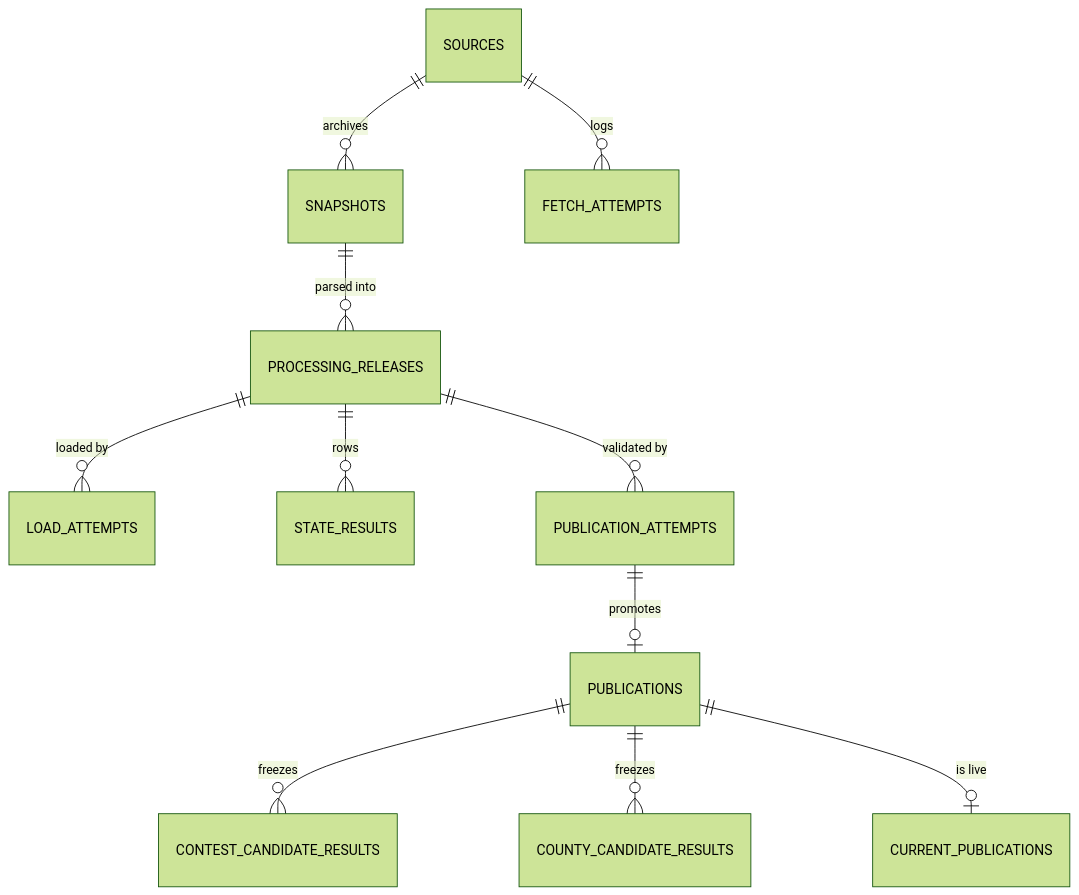
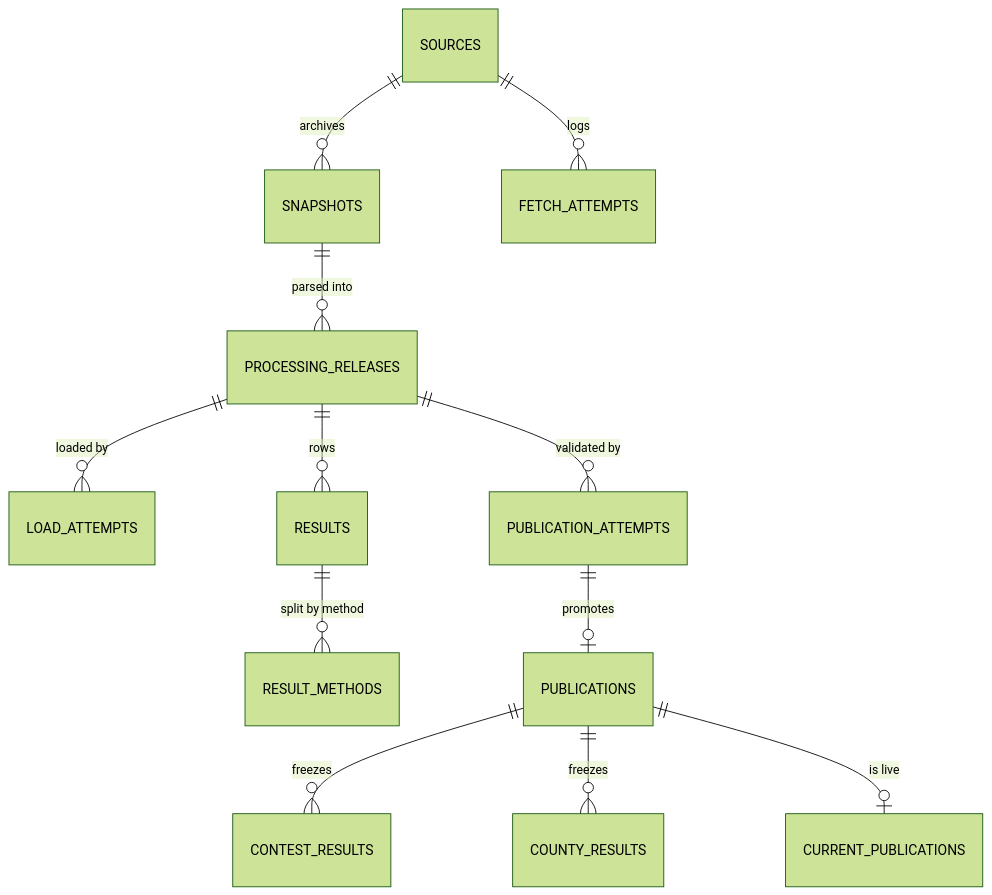
Before and after one commit to Naman4561/us-election-results-pipeline: the third of 5 diagrams in docs/architecture/processing-and-modelling.md, drawn with Mermaid (forest theme). The commit also changed other lines of this file and 11 other files, not shown here.

First line of the commit message:
refactor: remove dead code, update README and architecture docs

````diff
--- a/docs/architecture/processing-and-modelling.md
+++ b/docs/architecture/processing-and-modelling.md
@@ -69,13 +78,14 @@
 ```mermaid
 erDiagram
     SOURCES ||--o{ SNAPSHOTS : "archives"
     SOURCES ||--o{ FETCH_ATTEMPTS : "logs"
     SNAPSHOTS ||--o{ PROCESSING_RELEASES : "parsed into"
     PROCESSING_RELEASES ||--o{ LOAD_ATTEMPTS : "loaded by"
-    PROCESSING_RELEASES ||--o{ STATE_RESULTS : "rows"
+    PROCESSING_RELEASES ||--o{ RESULTS : "rows"
+    RESULTS ||--o{ RESULT_METHODS : "split by method"
     PROCESSING_RELEASES ||--o{ PUBLICATION_ATTEMPTS : "validated by"
     PUBLICATION_ATTEMPTS ||--o| PUBLICATIONS : "promotes"
-    PUBLICATIONS ||--o{ CONTEST_CANDIDATE_RESULTS : "freezes"
-    PUBLICATIONS ||--o{ COUNTY_CANDIDATE_RESULTS : "freezes"
+    PUBLICATIONS ||--o{ CONTEST_RESULTS : "freezes"
+    PUBLICATIONS ||--o{ COUNTY_RESULTS : "freezes"
     PUBLICATIONS ||--o| CURRENT_PUBLICATIONS : "is live"
 ```
````
